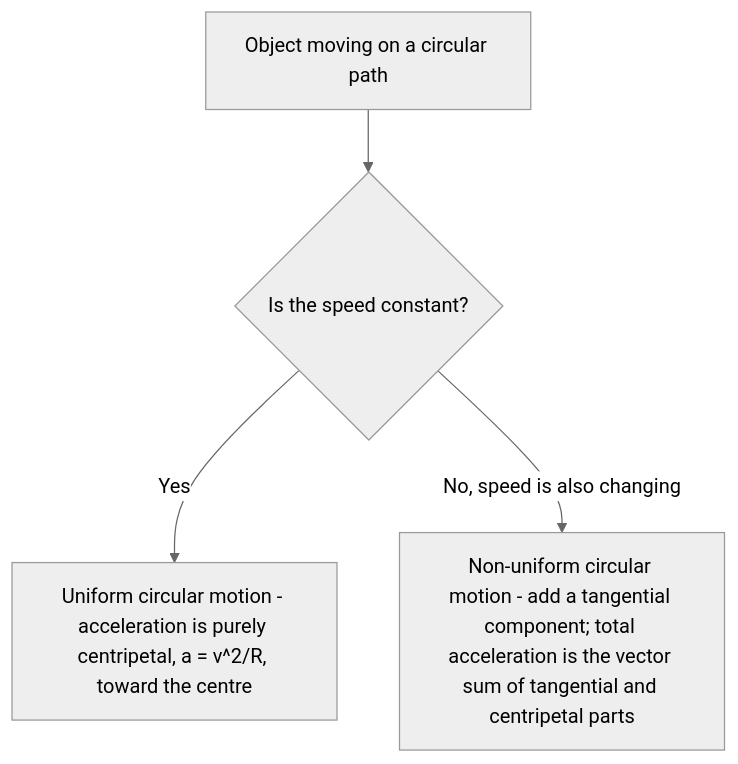
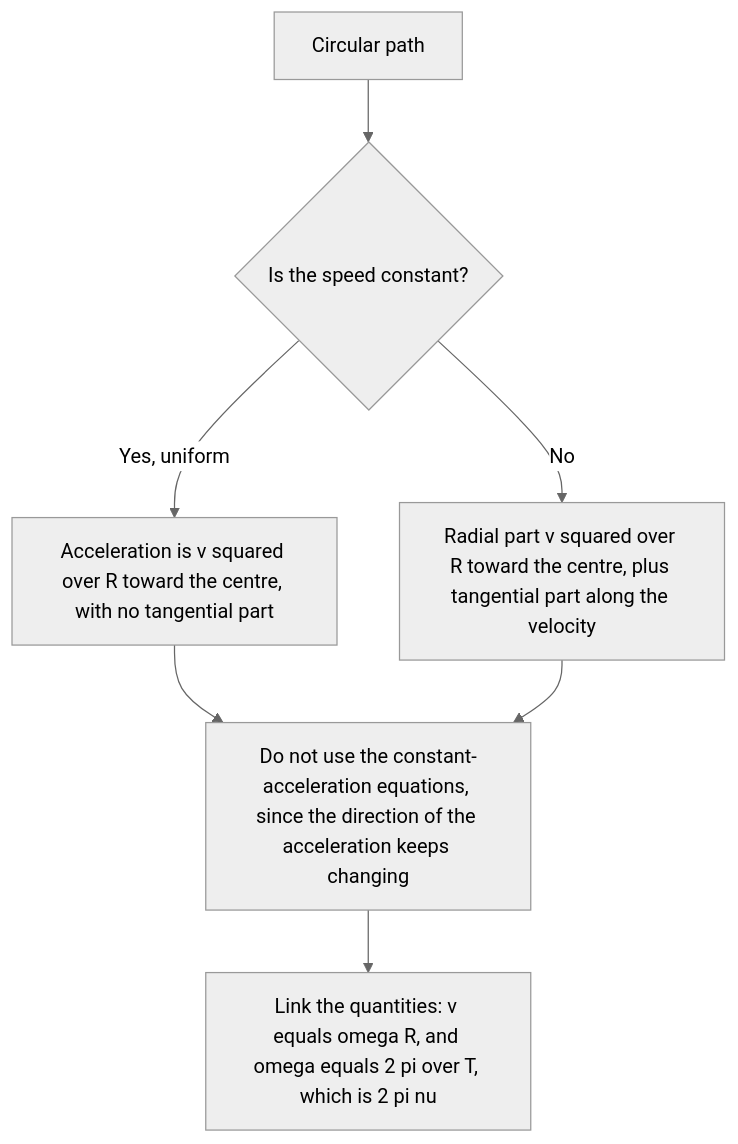
One commit to fsr-science/NCERT-Science changed the fourth of 4 diagrams in AI-NOTES/PHYSICS/PHYSICS03-MOTION_IN_A_PLANE/PHYSICS03-MOTION_IN_A_PLANE-NOTES.md. Above: the diagram before and after it, drawn with Mermaid (neutral theme). The commit also changed other lines of this file and 1 other file, not shown here.

````diff
--- a/AI-NOTES/PHYSICS/PHYSICS03-MOTION_IN_A_PLANE/PHYSICS03-MOTION_IN_A_PLANE-NOTES.md
+++ b/AI-NOTES/PHYSICS/PHYSICS03-MOTION_IN_A_PLANE/PHYSICS03-MOTION_IN_A_PLANE-NOTES.md
@@ -1464,6 +1658,9 @@
 ```mermaid
 flowchart TD
-    A[Object moving on a circular path] --> B{Is the speed constant?}
-    B -- Yes --> C[Uniform circular motion - acceleration is purely centripetal, a = v^2/R, toward the centre]
-    B -- No, speed is also changing --> D[Non-uniform circular motion - add a tangential component; total acceleration is the vector sum of tangential and centripetal parts]
+    A["Circular path"] --> B{"Is the speed constant?"}
+    B -->|"Yes, uniform"| C["Acceleration is v squared over R toward the centre, with no tangential part"]
+    B -->|"No"| D["Radial part v squared over R toward the centre, plus tangential part along the velocity"]
+    C --> E["Do not use the constant-acceleration equations, since the direction of the acceleration keeps changing"]
+    D --> E
+    E --> F["Link the quantities: v equals omega R, and omega equals 2 pi over T, which is 2 pi nu"]
 ```
````
